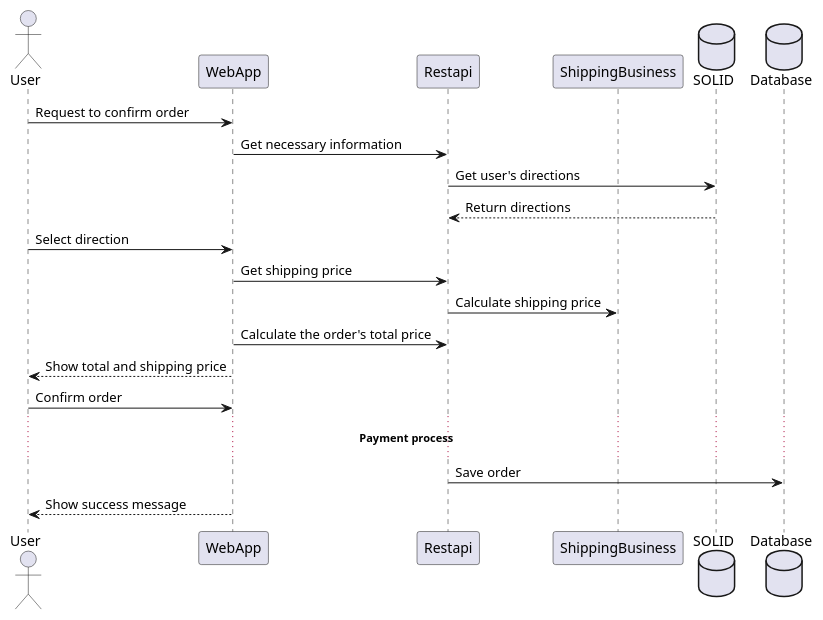
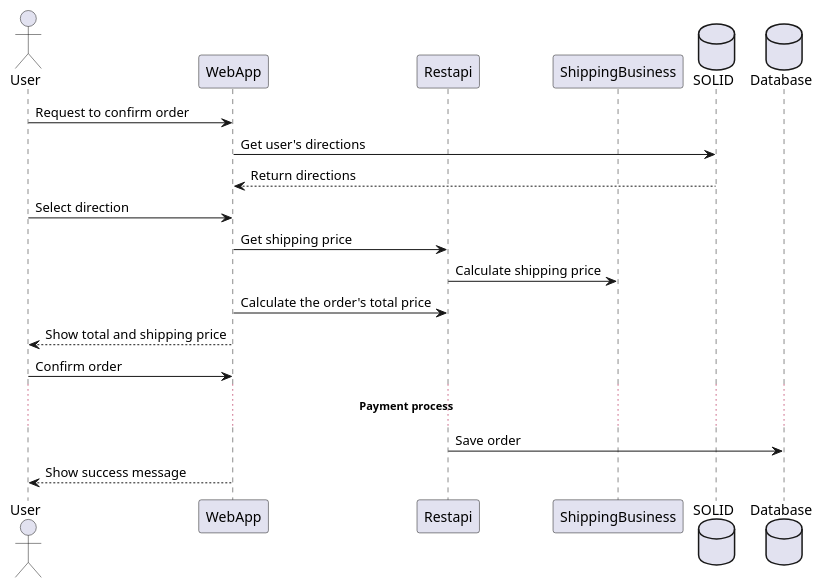
The sixth of 6 diagrams in docs/06_runtime_view.adoc (Arquisoft/dede_es5a), drawn with PlantUML before and after one commit. The commit also changed other lines of this file, not shown here.

Commit message:
Corregidas diagramas confirmar compra y registrar evento venta

```diff
--- a/docs/06_runtime_view.adoc
+++ b/docs/06_runtime_view.adoc
@@ -157,24 +156,23 @@
 [plantuml,"Sequence diagram_Register_sale_event",png]
 ----
 @startuml
 actor User
 participant WebApp
 participant Restapi
 participant ShippingBusiness
 database SOLID
 database Database
 User -> WebApp: Request to confirm order
-WebApp -> Restapi: Get necessary information
-Restapi-> SOLID: Get user's directions
-Restapi<-- SOLID: Return directions
+WebApp -> SOLID: Get user's directions
+WebApp <-- SOLID: Return directions
 User -> WebApp: Select direction
 WebApp -> Restapi: Get shipping price
 Restapi -> ShippingBusiness: Calculate shipping price
 WebApp -> Restapi: Calculate the order's total price
 User <-- WebApp: Show total and shipping price
 User -> WebApp: Confirm order
 ... **Payment process** ...
 Restapi -> Database: Save order
 WebApp --> User: Show success message
 @enduml
 ----
```
